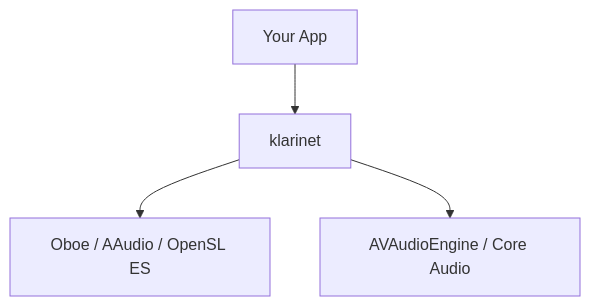
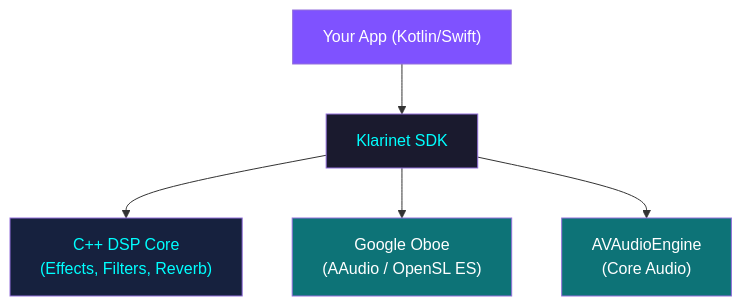
Before and after one commit to vectencia/Klarinet: the diagram in README.md, drawn with Mermaid. The commit also changed other lines of this file, not shown here.

````diff
--- a/README.md
+++ b/README.md
@@ -263,6 +267,13 @@
 ```mermaid
 graph TD
-    A[Your App] --> B[klarinet]
-    B --> C[Oboe / AAudio / OpenSL ES]
-    B --> D[AVAudioEngine / Core Audio]
+    A["Your App (Kotlin/Swift)"] --> B[Klarinet SDK]
+    B --> C["C++ DSP Core<br/>(Effects, Filters, Reverb)"]
+    B --> D["Google Oboe<br/>(AAudio / OpenSL ES)"]
+    B --> E["AVAudioEngine<br/>(Core Audio)"]
+    
+    style A fill:#7F52FF,color:#fff
+    style B fill:#1a1a2e,color:#0ff
+    style C fill:#16213e,color:#0ff
+    style D fill:#0d7377,color:#fff
+    style E fill:#0d7377,color:#fff
 ```
````
